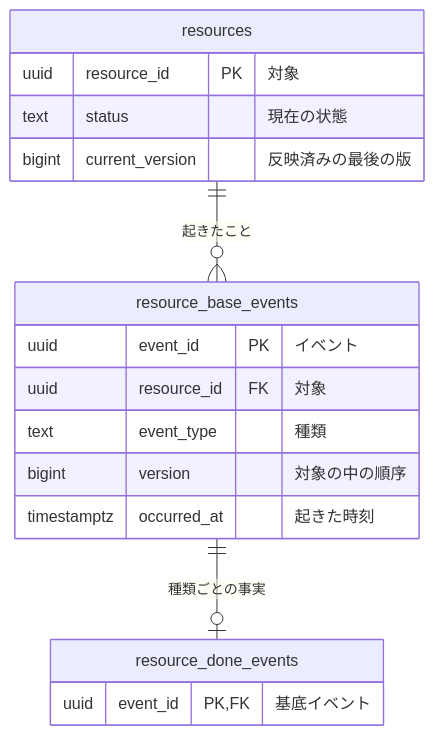
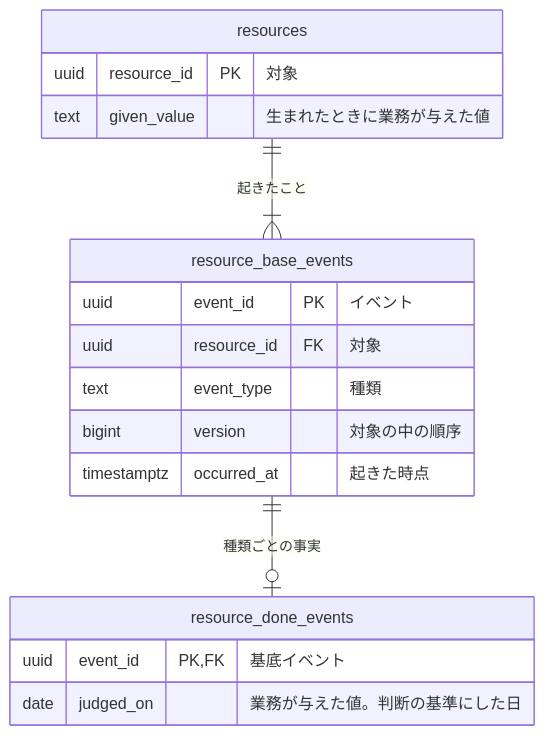
One commit to nakamori-naoya/write-doc-plugins changed the diagram in plugins/write-doc/skills/write-doc/assets/templates/rdb-logical-data-modeling.md. Above: the diagram before and after it, drawn with Mermaid. The commit also changed other lines of this file and 3 other files, not shown here.

First line of the commit message:
fix(rdb-logical, rdb-physical): データと情報を分け、時刻を occurred_at に一本化し、列を erDiagram だけに書く

````diff
--- a/plugins/write-doc/skills/write-doc/assets/templates/rdb-logical-data-modeling.md
+++ b/plugins/write-doc/skills/write-doc/assets/templates/rdb-logical-data-modeling.md
@@ -38,20 +38,20 @@
 ```mermaid
 erDiagram
     resources {
         uuid resource_id PK "対象"
-        text status "現在の状態"
-        bigint current_version "反映済みの最後の版"
+        text given_value "生まれたときに業務が与えた値"
     }
     resource_base_events {
         uuid event_id PK "イベント"
         uuid resource_id FK "対象"
         text event_type "種類"
         bigint version "対象の中の順序"
-        timestamptz occurred_at "起きた時刻"
+        timestamptz occurred_at "起きた時点"
     }
     resource_done_events {
         uuid event_id PK, FK "基底イベント"
+        date judged_on "業務が与えた値。判断の基準にした日"
     }
-    resources ||--o{ resource_base_events : "起きたこと"
+    resources ||--|{ resource_base_events : "起きたこと"
     resource_base_events ||--o| resource_done_events : "種類ごとの事実"
 ```
````
